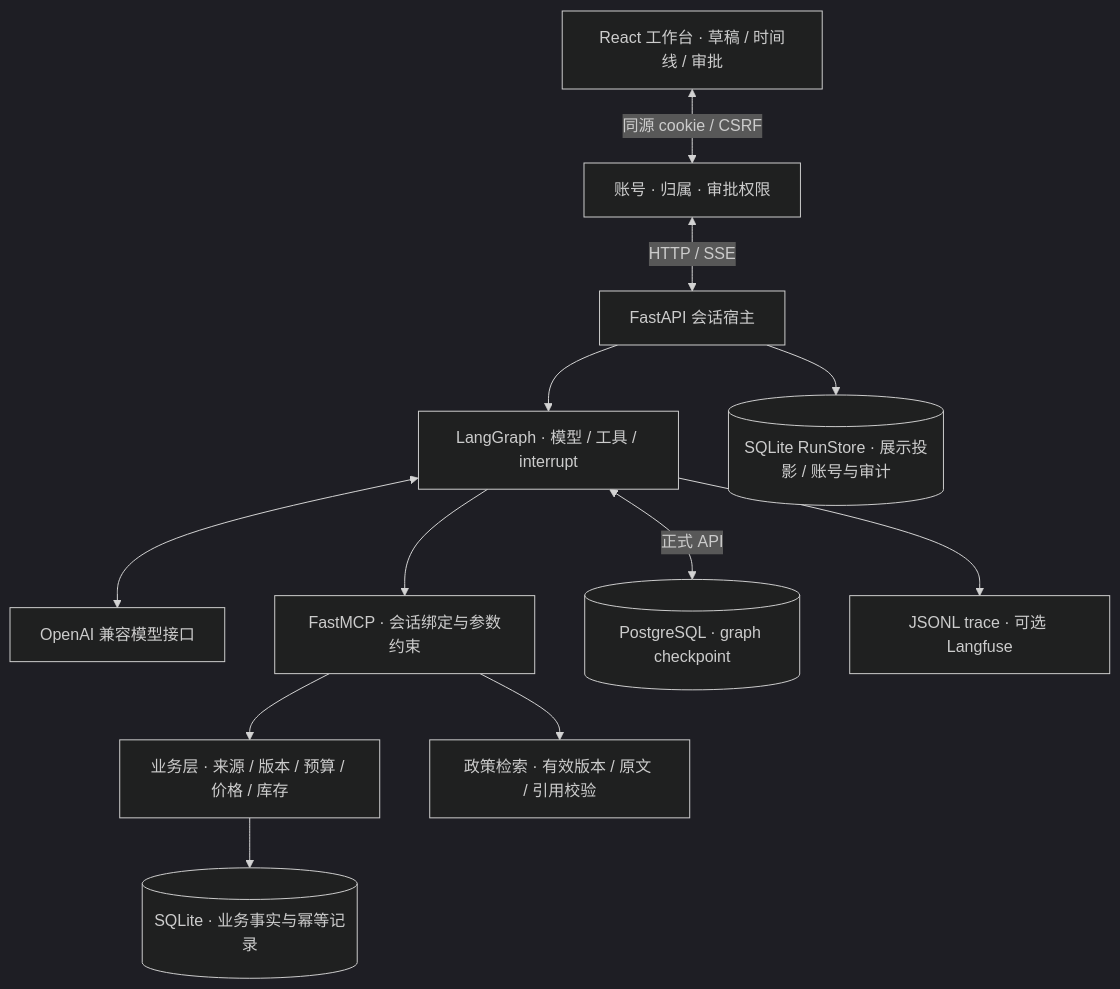
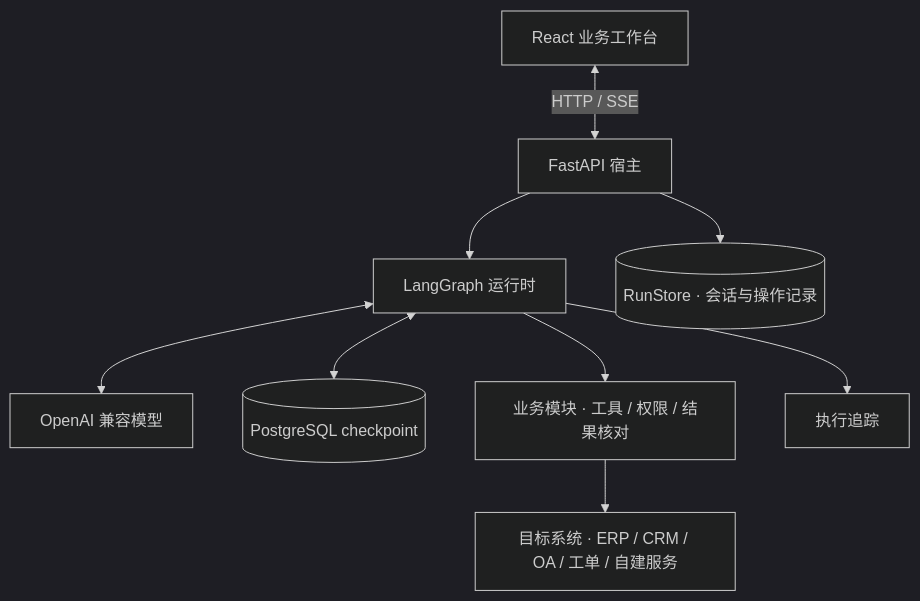
Before and after one commit to VieVibe/Erpilot: the diagram in README.md, drawn with Mermaid (dark theme). The commit also changed other lines of this file and 39 other files, not shown here.

````diff
--- a/README.md
+++ b/README.md
@@ -65,14 +65,11 @@
 ```mermaid
 flowchart TD
-    UI[React 工作台 · 草稿 / 时间线 / 审批] <-->|同源 cookie / CSRF| AUTH[账号 · 归属 · 审批权限]
-    AUTH <-->|HTTP / SSE| API[FastAPI 会话宿主]
-    API --> GRAPH[LangGraph · 模型 / 工具 / interrupt]
-    GRAPH <--> LLM[OpenAI 兼容模型接口]
-    GRAPH --> MCP[FastMCP · 会话绑定与参数约束]
-    MCP --> DOMAIN[业务层 · 来源 / 版本 / 预算 / 价格 / 库存]
-    DOMAIN --> ERP[(SQLite · 业务事实与幂等记录)]
-    MCP --> RAG[政策检索 · 有效版本 / 原文 / 引用校验]
-    GRAPH <-->|正式 API| PG[(PostgreSQL · graph checkpoint)]
-    API --> VIEW[(SQLite RunStore · 展示投影 / 账号与审计)]
-    GRAPH --> TRACE[JSONL trace · 可选 Langfuse]
+    UI[React 业务工作台] <-->|HTTP / SSE| API[FastAPI 宿主]
+    API --> GRAPH[LangGraph 运行时]
+    API --> VIEW[(RunStore · 会话与操作记录)]
+    GRAPH <--> LLM[OpenAI 兼容模型]
+    GRAPH <--> PG[(PostgreSQL checkpoint)]
+    GRAPH --> MODULE[业务模块 · 工具 / 权限 / 结果核对]
+    GRAPH --> TRACE[执行追踪]
+    MODULE --> SYSTEM[目标系统 · ERP / CRM / OA / 工单 / 自建服务]
 ```
````
